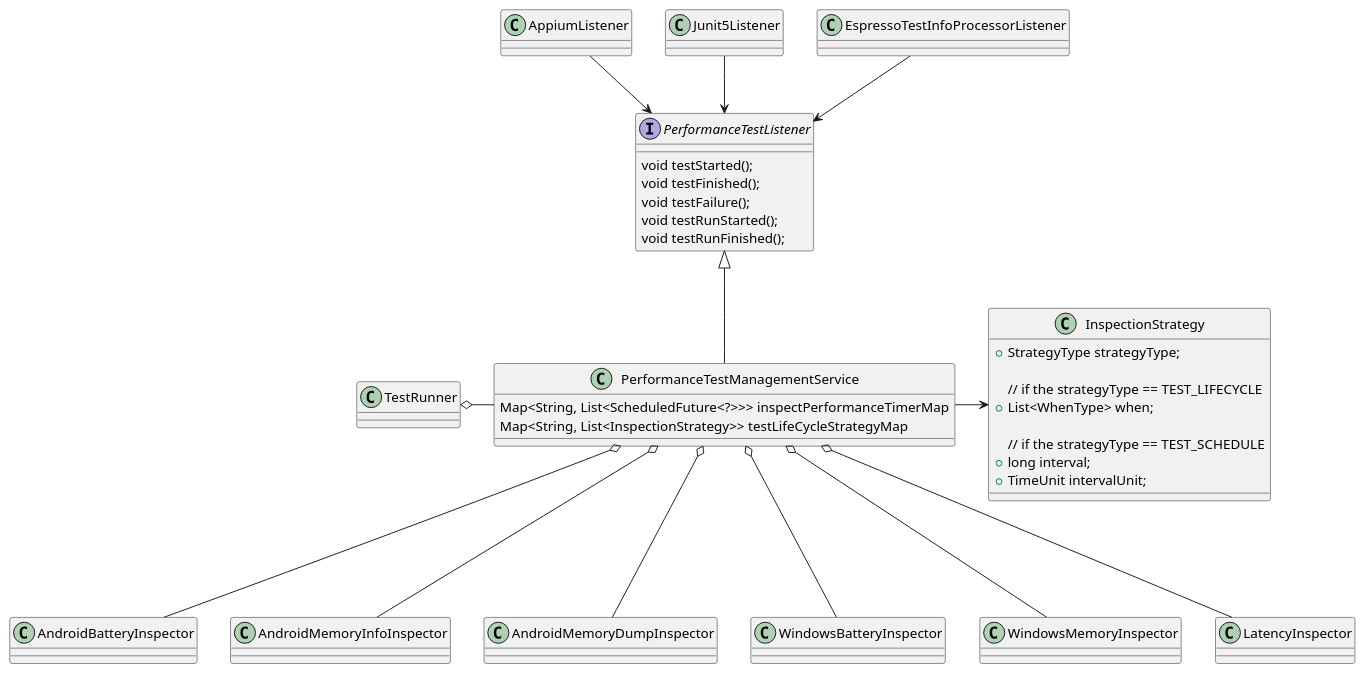
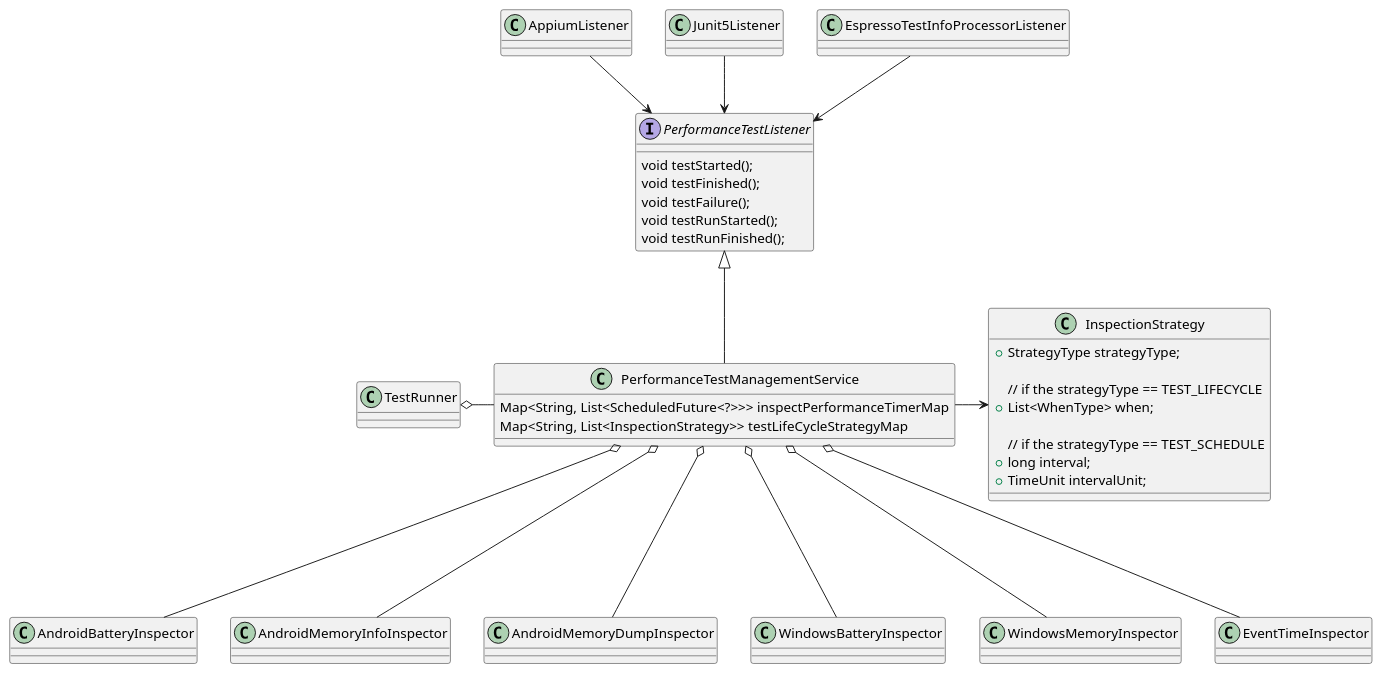
Before and after one commit to microsoft/HydraLab: the third of 5 diagrams in agent/doc/UML/performance_test_design.puml, drawn with PlantUML. The commit also changed other lines of this file and 10 other files, not shown here.

```diff
--- a/agent/doc/UML/performance_test_design.puml
+++ b/agent/doc/UML/performance_test_design.puml
@@ -86,41 +86,41 @@
 @startuml perf_test_class_design
 class InspectionStrategy {
 
     + StrategyType strategyType;
 
     // if the strategyType == TEST_LIFECYCLE
     + List<WhenType> when;
 
     // if the strategyType == TEST_SCHEDULE
     + long interval;
     + TimeUnit intervalUnit;
 }
 
 interface PerformanceTestListener {
     void testStarted();
     void testFinished();
     void testFailure();
     void testRunStarted();
     void testRunFinished();
 }
 
 class PerformanceTestManagementService {
     Map<String, List<ScheduledFuture<?>>> inspectPerformanceTimerMap
     Map<String, List<InspectionStrategy>> testLifeCycleStrategyMap
 }
 
 AndroidBatteryInspector -up--o PerformanceTestManagementService
 AndroidMemoryInfoInspector -up--o PerformanceTestManagementService
 AndroidMemoryDumpInspector -up--o PerformanceTestManagementService
 WindowsBatteryInspector -up--o PerformanceTestManagementService
 WindowsMemoryInspector -up--o PerformanceTestManagementService
-LatencyInspector -up--o PerformanceTestManagementService
+EventTimeInspector -up--o PerformanceTestManagementService
 
 PerformanceTestManagementService -> InspectionStrategy
 PerformanceTestManagementService -u-|> PerformanceTestListener
 
 PerformanceTestManagementService -left-o TestRunner
 AppiumListener -d->  PerformanceTestListener
 Junit5Listener -d->  PerformanceTestListener
 EspressoTestInfoProcessorListener  -d->  PerformanceTestListener
 @enduml
```
